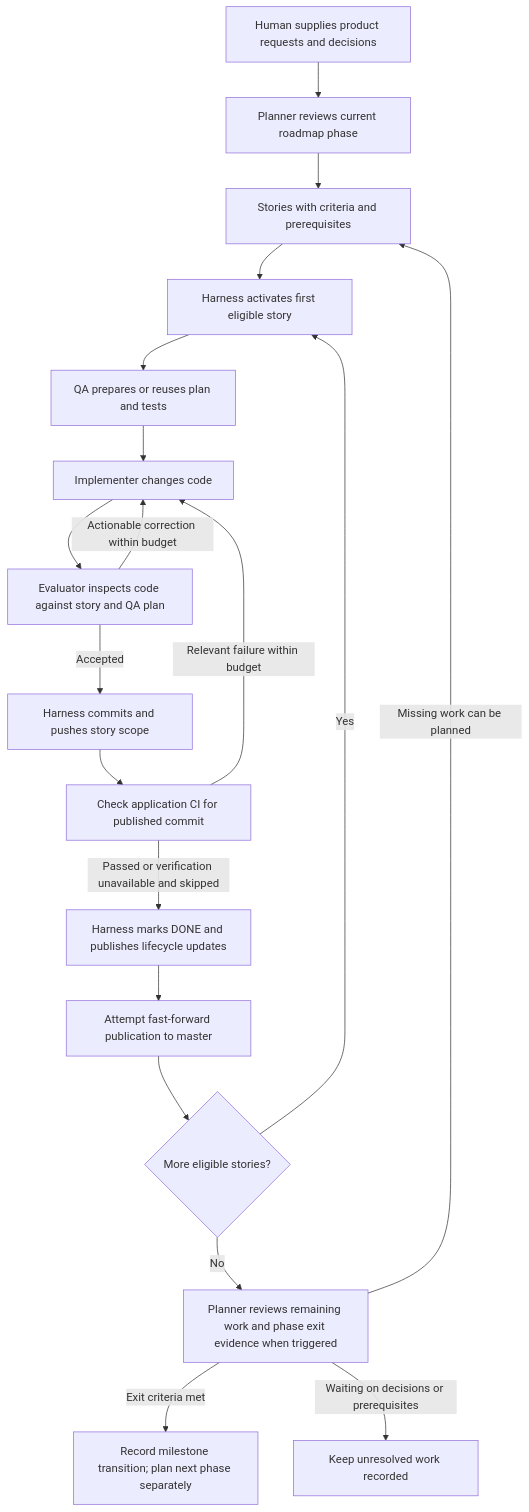
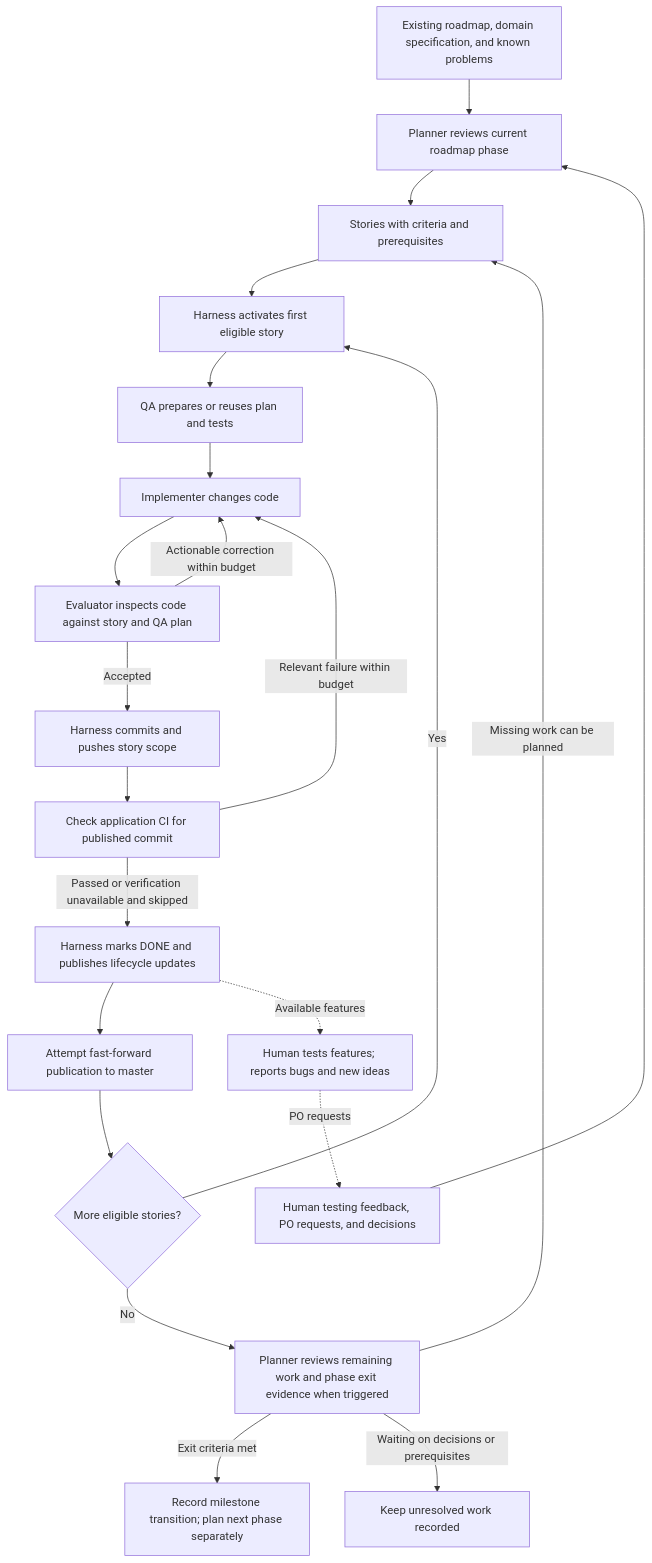
The first of 5 diagrams in agent/docs/WORKFLOW_DIAGRAMS.md (Nebettadjsr/GW2), drawn with Mermaid before and after one commit. The commit also changed other lines of this file and 5 other files, not shown here.

Commit message:
docs: restore project history and human feedback intent

````diff
--- a/agent/docs/WORKFLOW_DIAGRAMS.md
+++ b/agent/docs/WORKFLOW_DIAGRAMS.md
@@ -9,21 +9,24 @@
 ```mermaid
 flowchart TB
-    PO[Human supplies product requests and decisions] --> P[Planner reviews current roadmap phase]
+    ROAD[Existing roadmap, domain specification, and known problems] --> P[Planner reviews current roadmap phase]
+    FEEDBACK[Human testing feedback, PO requests, and decisions] --> P
     P --> B[Stories with criteria and prerequisites]
     B --> S[Harness activates first eligible story]
     S --> Q[QA prepares or reuses plan and tests]
     Q --> C[Implementer changes code]
     C --> E[Evaluator inspects code against story and QA plan]
     E -->|Actionable correction within budget| C
     E -->|Accepted| PUB[Harness commits and pushes story scope]
     PUB --> CI[Check application CI for published commit]
     CI -->|Relevant failure within budget| C
     CI -->|Passed or verification unavailable and skipped| D[Harness marks DONE and publishes lifecycle updates]
     D --> INT[Attempt fast-forward publication to master]
+    D -. Available features .-> TEST[Human tests features; reports bugs and new ideas]
+    TEST -. PO requests .-> FEEDBACK
     INT --> MORE{More eligible stories?}
     MORE -->|Yes| S
     MORE -->|No| CHECK[Planner reviews remaining work and phase exit evidence when triggered]
     CHECK -->|Missing work can be planned| B
     CHECK -->|Exit criteria met| NEXT[Record milestone transition; plan next phase separately]
     CHECK -->|Waiting on decisions or prerequisites| WAIT[Keep unresolved work recorded]
 ```
````
